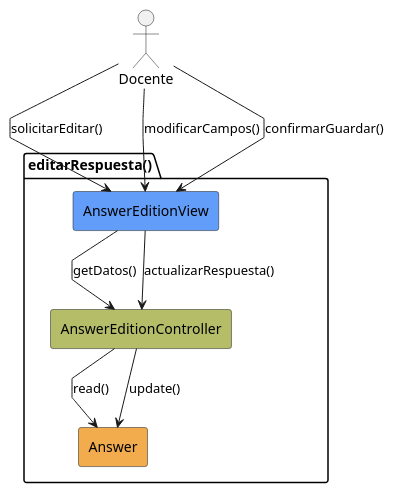
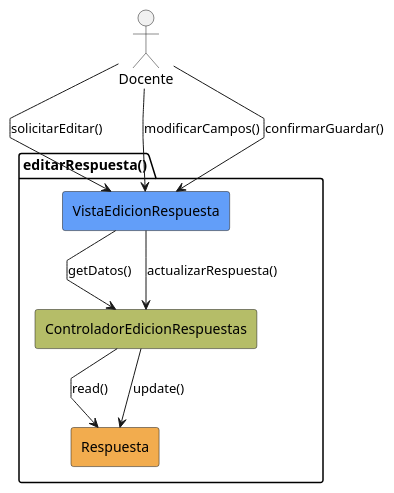
Before and after one commit to liamanderson873/25-26-idsw2-sdVC: the diagram in RUP/01-analisis/casos-uso/CU-35-editarRespuesta/analisis-colaboracion-CU-35-editarRespuesta.puml, drawn with PlantUML. The commit also changed 85 other files, not shown here.

```diff
--- a/RUP/01-analisis/casos-uso/CU-35-editarRespuesta/analisis-colaboracion-CU-35-editarRespuesta.puml
+++ b/RUP/01-analisis/casos-uso/CU-35-editarRespuesta/analisis-colaboracion-CU-35-editarRespuesta.puml
@@ -1,19 +1,19 @@
 @startuml editarRespuesta-analisis
 skinparam linetype polyline
 
 actor Docente
 package editarRespuesta as "editarRespuesta()" {
-    rectangle #629EF9 AnswerEditionView
-    rectangle #b5bd68 AnswerEditionController
-    rectangle #F2AC4E Answer
+    rectangle #629EF9 VistaEdicionRespuesta
+    rectangle #b5bd68 ControladorEdicionRespuestas
+    rectangle #F2AC4E Respuesta
 }
 
-Docente -r-> AnswerEditionView: solicitarEditar()
-AnswerEditionView --> AnswerEditionController: getDatos()
-AnswerEditionController --> Answer: read()
-Docente --> AnswerEditionView: modificarCampos()
-Docente --> AnswerEditionView: confirmarGuardar()
-AnswerEditionView -d-> AnswerEditionController: actualizarRespuesta()
-AnswerEditionController --> Answer: update()
+Docente -r-> VistaEdicionRespuesta: solicitarEditar()
+VistaEdicionRespuesta --> ControladorEdicionRespuestas: getDatos()
+ControladorEdicionRespuestas --> Respuesta: read()
+Docente --> VistaEdicionRespuesta: modificarCampos()
+Docente --> VistaEdicionRespuesta: confirmarGuardar()
+VistaEdicionRespuesta -d-> ControladorEdicionRespuestas: actualizarRespuesta()
+ControladorEdicionRespuestas --> Respuesta: update()
 
 @enduml
```
